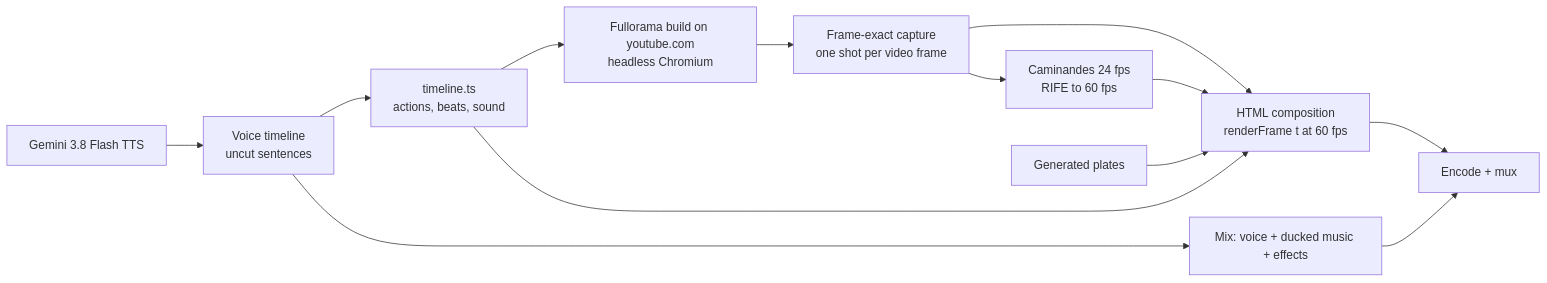
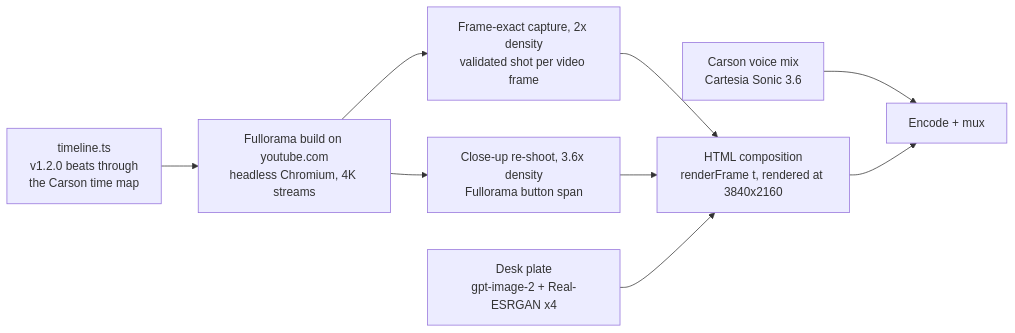
The diagram in marketing/launch-film/making-of.md (sudhz/fullorama), drawn with Mermaid before and after one commit. The commit also changed other lines of this file and 1 other file, not shown here.

````diff
--- a/marketing/launch-film/making-of.md
+++ b/marketing/launch-film/making-of.md
@@ -20,15 +20,11 @@
 ```mermaid
 flowchart LR
-  A[Fullorama build on youtube.com<br/>headless Chromium] --> B[Frame-exact capture<br/>one shot per video frame]
-  B --> C[Caminandes 24 fps<br/>RIFE to 60 fps]
-  D[Gemini 3.8 Flash TTS] --> E[Voice timeline<br/>uncut sentences]
-  E --> F[timeline.ts<br/>actions, beats, sound]
-  F --> A
-  B --> G[HTML composition<br/>renderFrame t at 60 fps]
+  T[timeline.ts<br/>v1.2.0 beats through<br/>the Carson time map] --> A[Fullorama build on youtube.com<br/>headless Chromium, 4K streams]
+  A --> B[Frame-exact capture, 2x density<br/>validated shot per video frame]
+  A --> C[Close-up re-shoot, 3.6x density<br/>Fullorama button span]
+  B --> G[HTML composition<br/>renderFrame t, rendered at 3840x2160]
   C --> G
-  H[Generated plates] --> G
-  F --> G
-  E --> I[Mix: voice + ducked music + effects]
-  G --> J[Encode + mux]
-  I --> J
+  H[Desk plate<br/>gpt-image-2 + Real-ESRGAN x4] --> G
+  V[Carson voice mix<br/>Cartesia Sonic 3.6] --> J[Encode + mux]
+  G --> J
 ```
````
